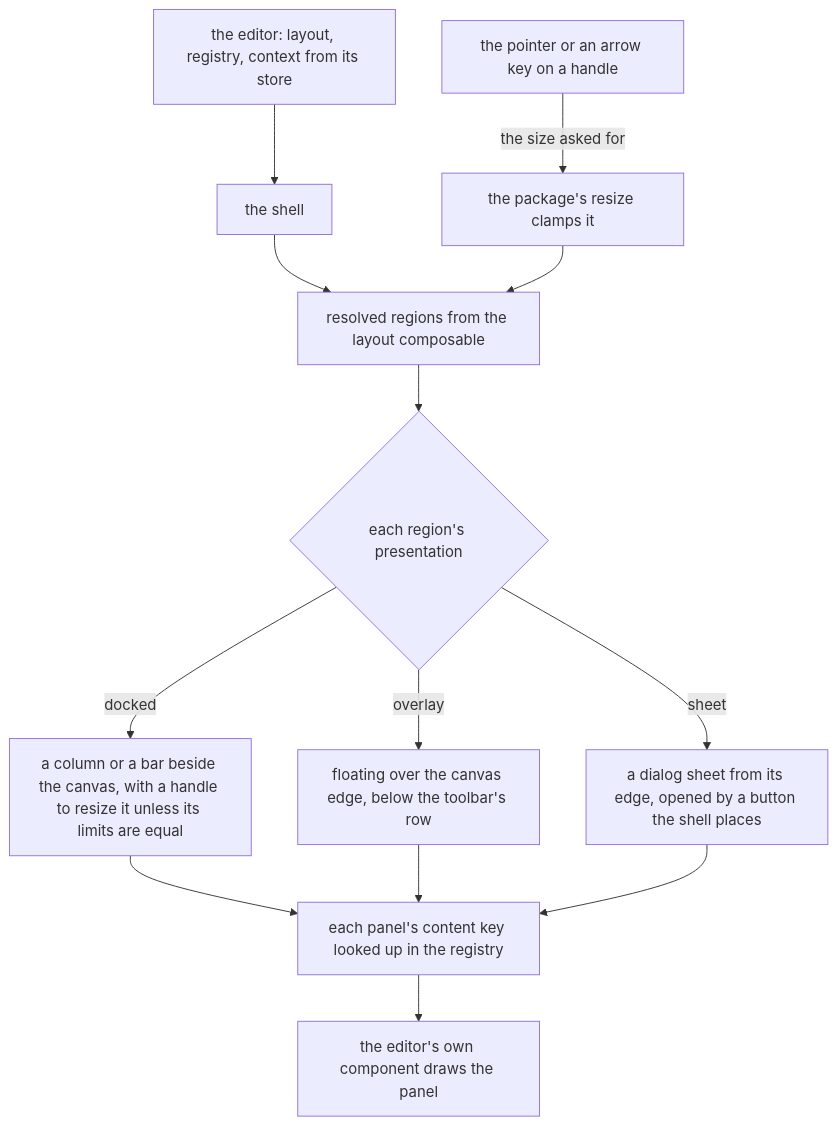
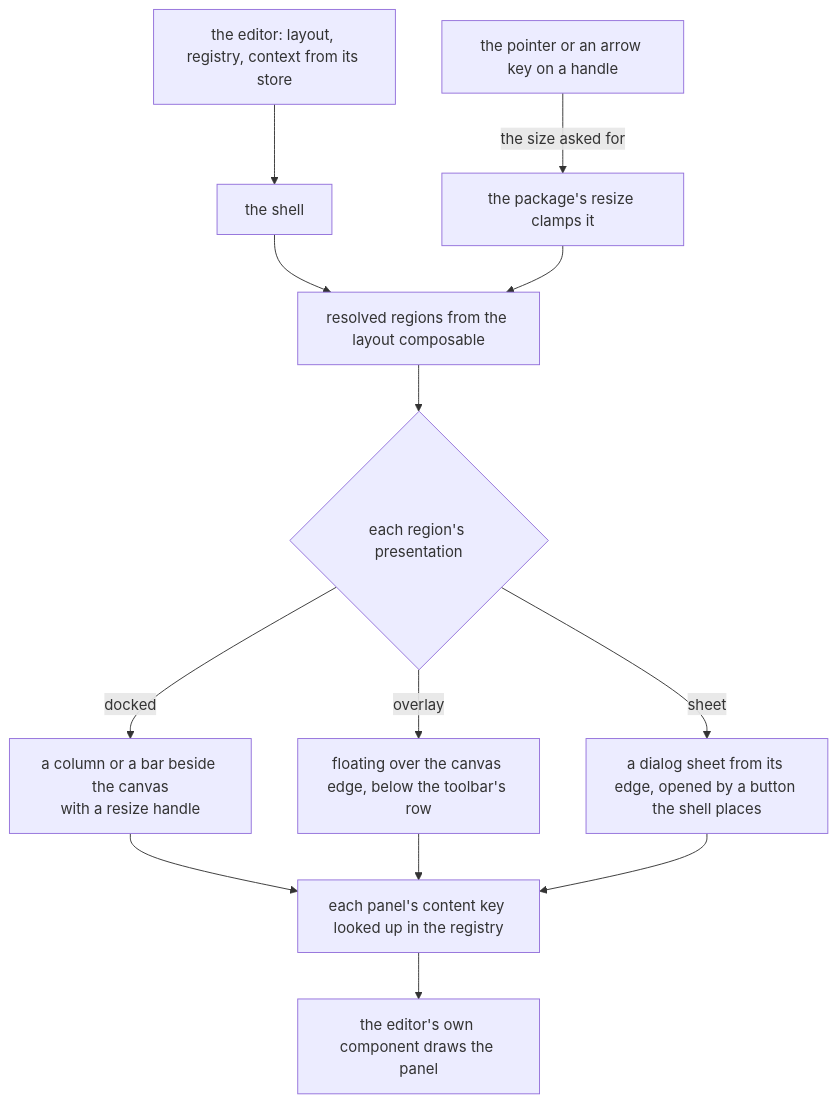
The diagram in openspec/changes/resource-editor-shell/design.md (Esposter/Esposter), drawn with Mermaid before and after one commit. The commit also changed 5 other files, not shown here.

````diff
--- a/openspec/changes/resource-editor-shell/design.md
+++ b/openspec/changes/resource-editor-shell/design.md
@@ -11,15 +11,15 @@
 ```mermaid
 flowchart TD
   EDITOR["the editor: layout, registry, context from its store"] --> SHELL["the shell"]
   SHELL --> RESOLVED["resolved regions from the layout composable"]
   RESOLVED --> PRESENT{"each region's presentation"}
-  PRESENT -->|docked| DOCK["a column or a bar beside the canvas, with a handle to resize it unless its limits are equal"]
+  PRESENT -->|docked| DOCK["a column or a bar beside the canvas<br/>with a resize handle"]
   PRESENT -->|overlay| FLOAT["floating over the canvas edge, below the toolbar's row"]
   PRESENT -->|sheet| SHEET["a dialog sheet from its edge, opened by a button the shell places"]
   DOCK --> CONTENT["each panel's content key looked up in the registry"]
   FLOAT --> CONTENT
   SHEET --> CONTENT
   CONTENT --> DRAW["the editor's own component draws the panel"]
   HANDLE["the pointer or an arrow key on a handle"] -->|"the size asked for"| RESIZE["the package's resize clamps it"]
   RESIZE --> RESOLVED
 ```
````
